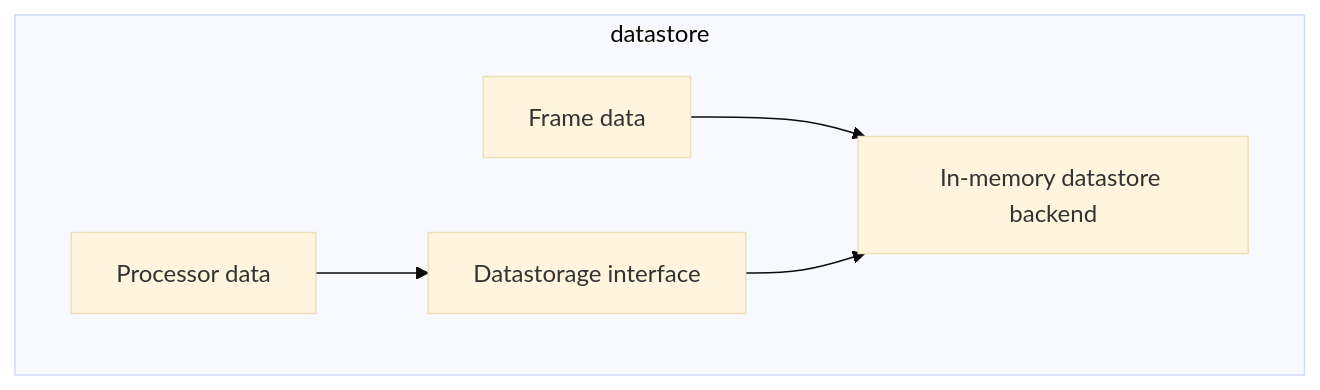
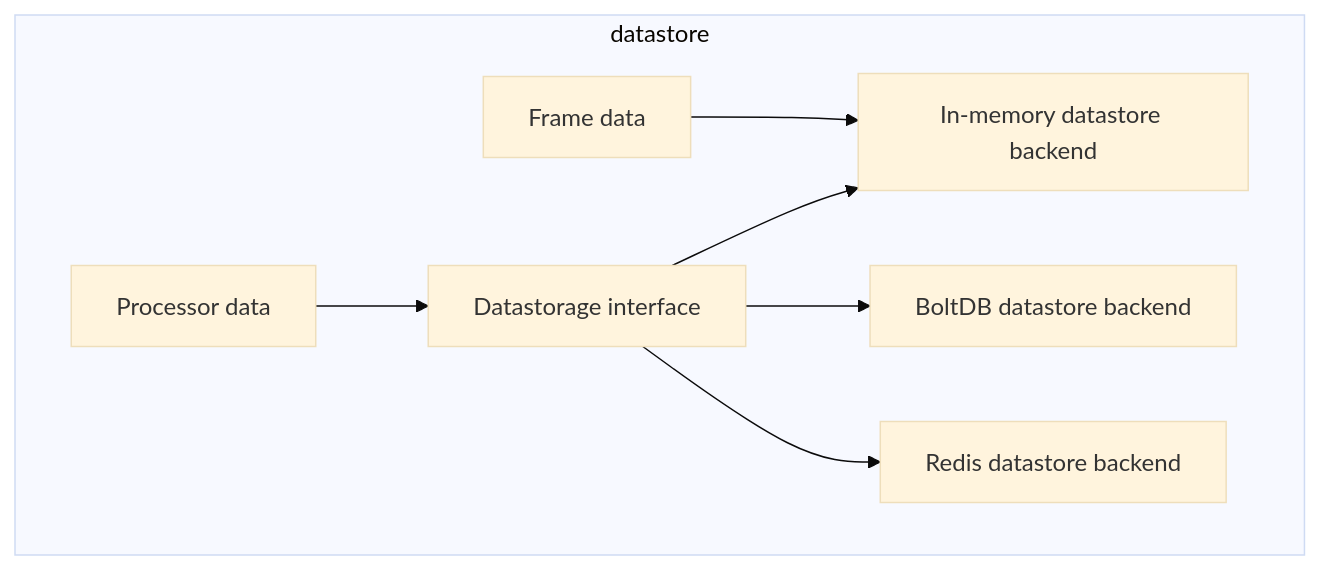
The diagram in content/docs/concepts/datastore.md (wasmvision/wasmvision-site), drawn with Mermaid (base theme) before and after one commit. The commit also changed other lines of this file and 1 other file, not shown here.

Commit message:
docs: add info about datastore backends

````diff
--- a/content/docs/concepts/datastore.md
+++ b/content/docs/concepts/datastore.md
@@ -15,12 +15,16 @@
 ```mermaid
 flowchart TD
     subgraph datastore
         Frames[Frame data]
         Processors[Processor data]
         Datastorage[Datastorage interface]
         Memstore[In-memory datastore backend]
+        BoltDB[BoltDB datastore backend]
+        Redis[Redis datastore backend]
         Frames-->Memstore
         Processors-->Datastorage
         Datastorage-->Memstore
+        Datastorage-->BoltDB
+        Datastorage-->Redis
     end
 ```
````
